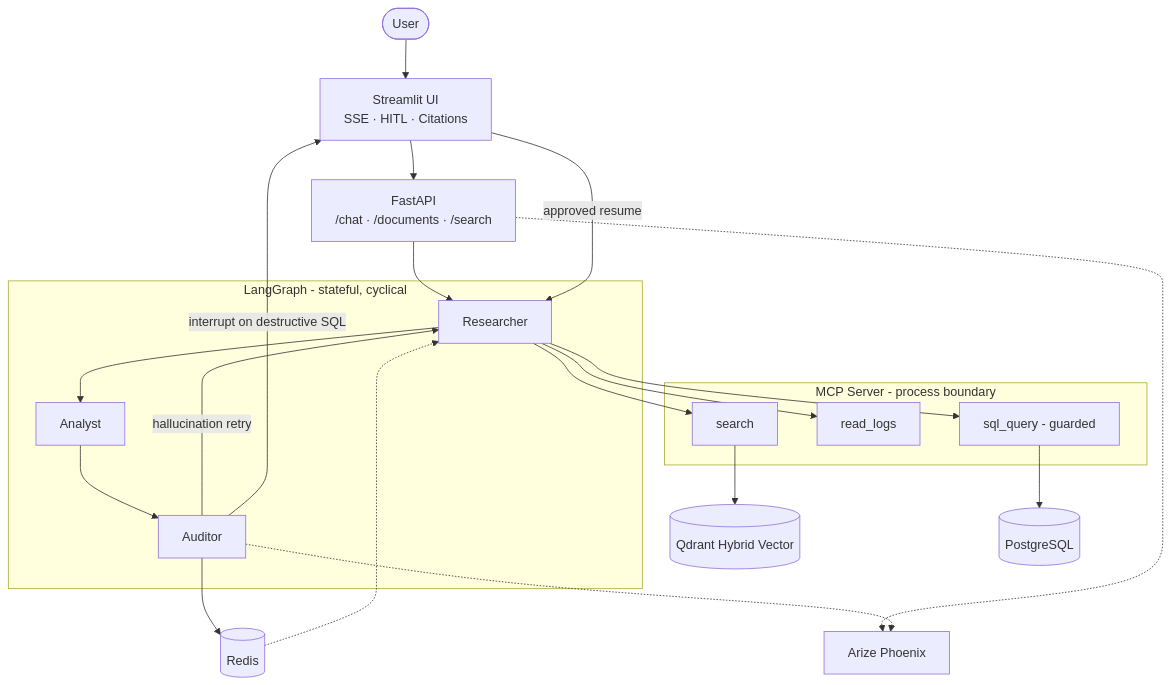
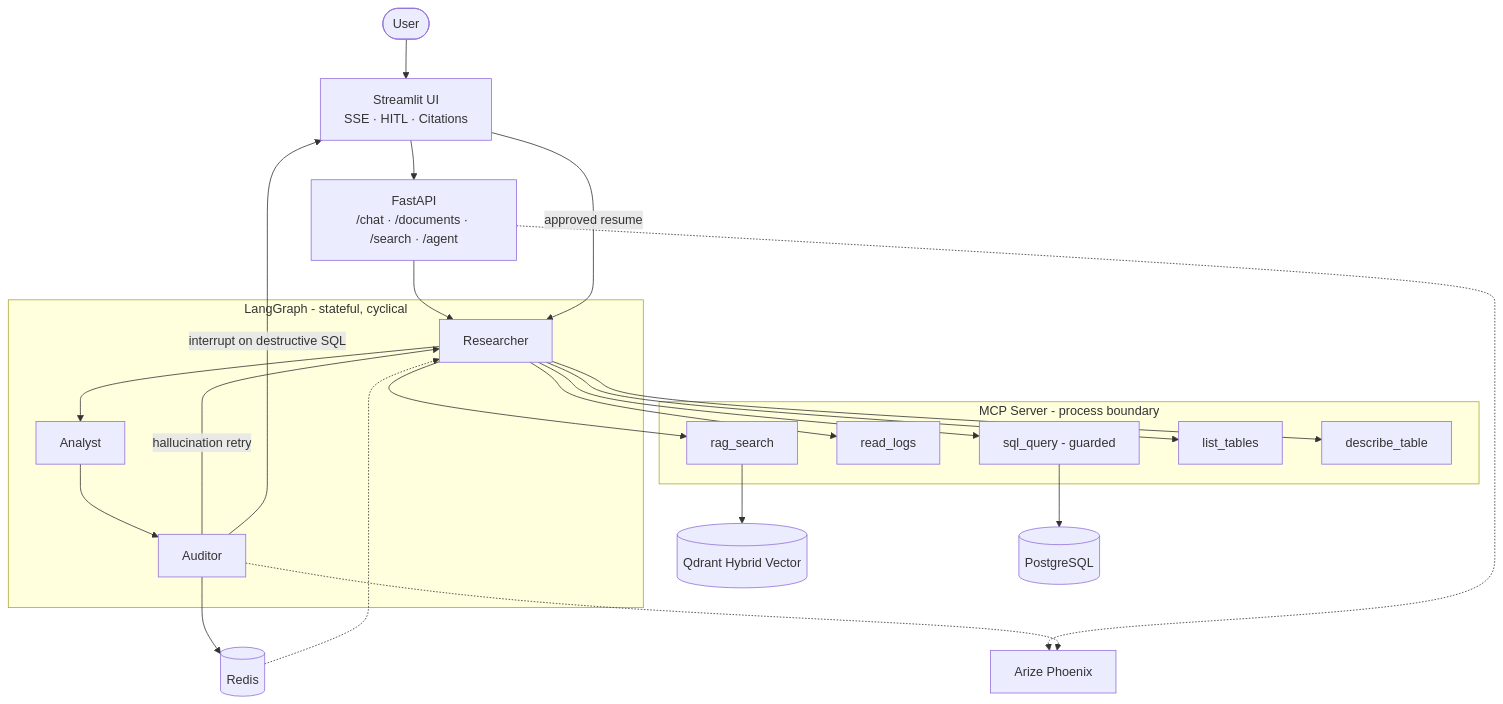
The diagram in README.md (Melce-AI/agentic-rag), drawn with Mermaid before and after one commit. The commit also changed other lines of this file, not shown here.

Commit message:
fix(docs): improve README clarity and update architecture details

````diff
--- a/README.md
+++ b/README.md
@@ -29,40 +29,44 @@
 ```mermaid
 flowchart TD
     User([User])
     UI["Streamlit UI\nSSE · HITL · Citations"]
-    API["FastAPI\n/chat · /documents · /search"]
+    API["FastAPI\n/chat · /documents · /search · /agent"]
 
     subgraph lg [LangGraph - stateful, cyclical]
         R[Researcher]
         An[Analyst]
         Au[Auditor]
     end
 
     subgraph mcp [MCP Server - process boundary]
-        TS[search]
+        TS[rag_search]
         TL[read_logs]
         TQ[sql_query - guarded]
+        TLT[list_tables]
+        TD[describe_table]
     end
 
     Redis[(Redis)]
     Qdrant[(Qdrant Hybrid Vector)]
     PG[(PostgreSQL)]
     Phoenix[Arize Phoenix]
 
     User --> UI
     UI --> API
     API --> R
     R --> An --> Au
     Au -->|hallucination retry| R
     Au -->|interrupt on destructive SQL| UI
     UI -->|approved resume| R
     Au --> Redis
     Redis -.-> R
     R --> TS
     R --> TL
     R --> TQ
+    R --> TLT
+    R --> TD
     TS --> Qdrant
     TQ --> PG
     API -.-> Phoenix
     Au -.-> Phoenix
 ```
````
